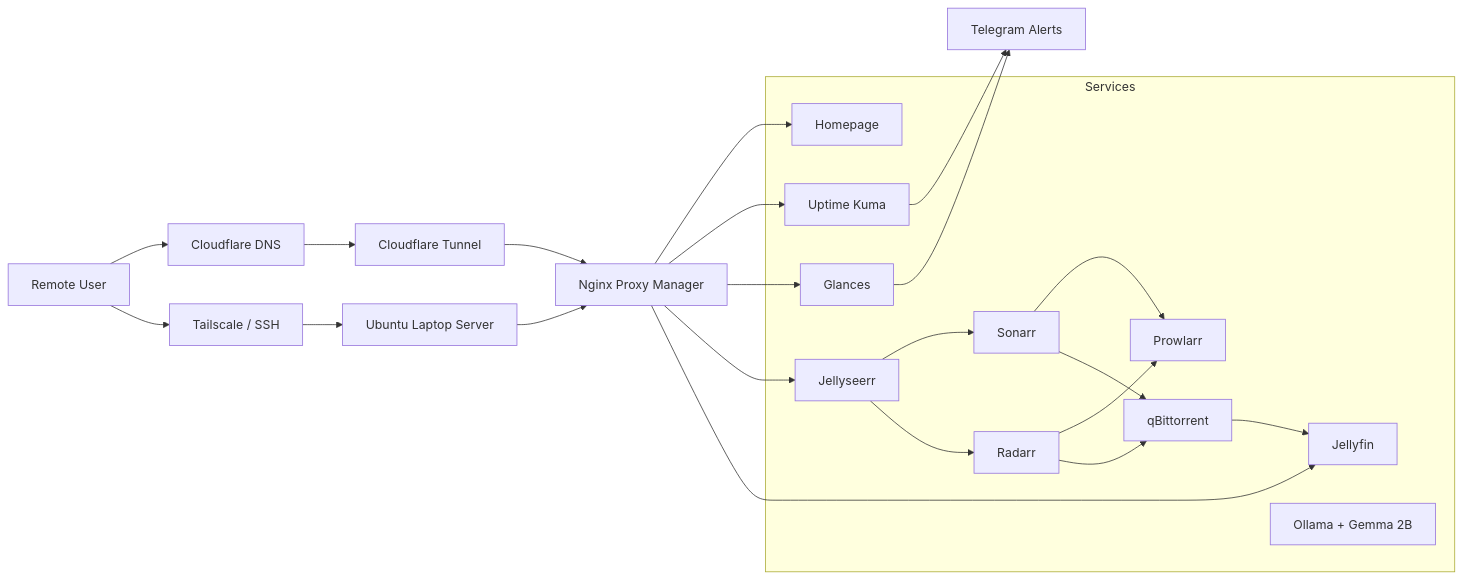
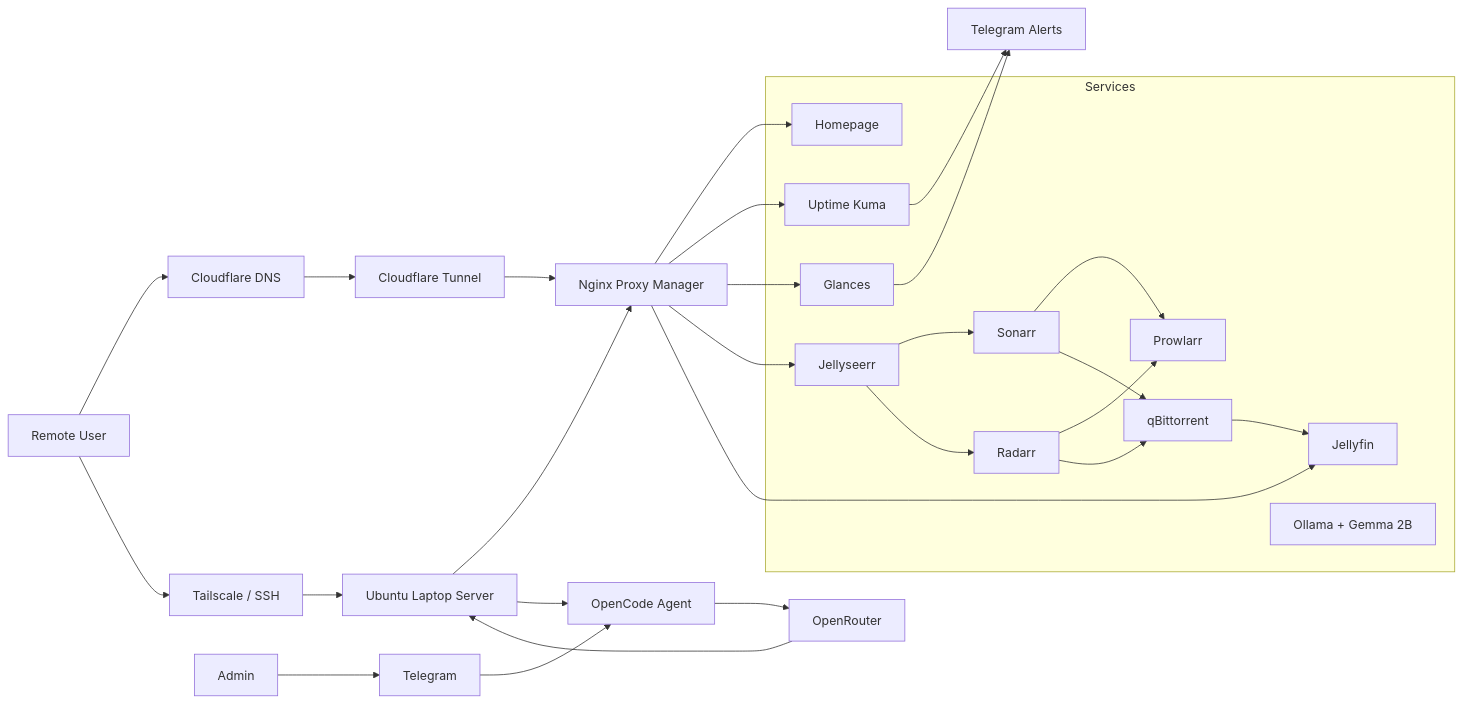
Before and after one commit to pranay0x4/colossusbundi: the diagram in README.md, drawn with Mermaid. The commit also changed other lines of this file and 11 other files, not shown here.

````diff
--- a/README.md
+++ b/README.md
@@ -28,39 +30,44 @@
 ```mermaid
 flowchart LR
     user[Remote User] --> dns[Cloudflare DNS]
     dns --> tunnel[Cloudflare Tunnel]
     user --> tail[Tailscale / SSH]
+    admin[Admin] --> telegram[Telegram]
+    telegram --> opencode[OpenCode Agent]
+    opencode --> openrouter[OpenRouter]
+    openrouter --> host
     tail --> host[Ubuntu Laptop Server]
     tunnel --> npm[Nginx Proxy Manager]
     host --> npm
 
     subgraph Services
         home[Homepage]
         kuma[Uptime Kuma]
         glances[Glances]
         jellyseerr[Jellyseerr]
         sonarr[Sonarr]
         radarr[Radarr]
         prowlarr[Prowlarr]
         qb[qBittorrent]
         jellyfin[Jellyfin]
         ollama[Ollama + Gemma 2B]
     end
 
     npm --> home
     npm --> kuma
     npm --> glances
     npm --> jellyseerr
     npm --> jellyfin
 
     jellyseerr --> sonarr
     jellyseerr --> radarr
     sonarr --> prowlarr
     radarr --> prowlarr
     sonarr --> qb
     radarr --> qb
     qb --> jellyfin
 
     kuma --> alert[Telegram Alerts]
     glances --> alert
+    host --> opencode
 ```
````
